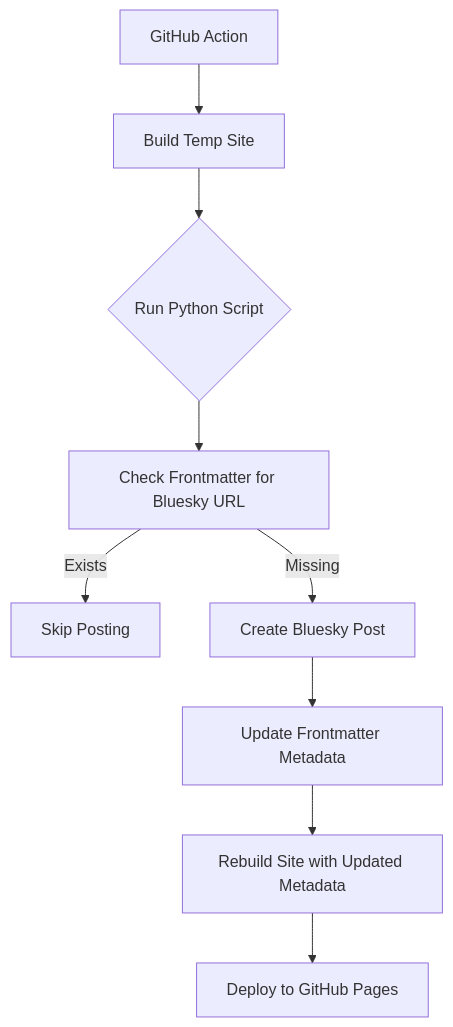
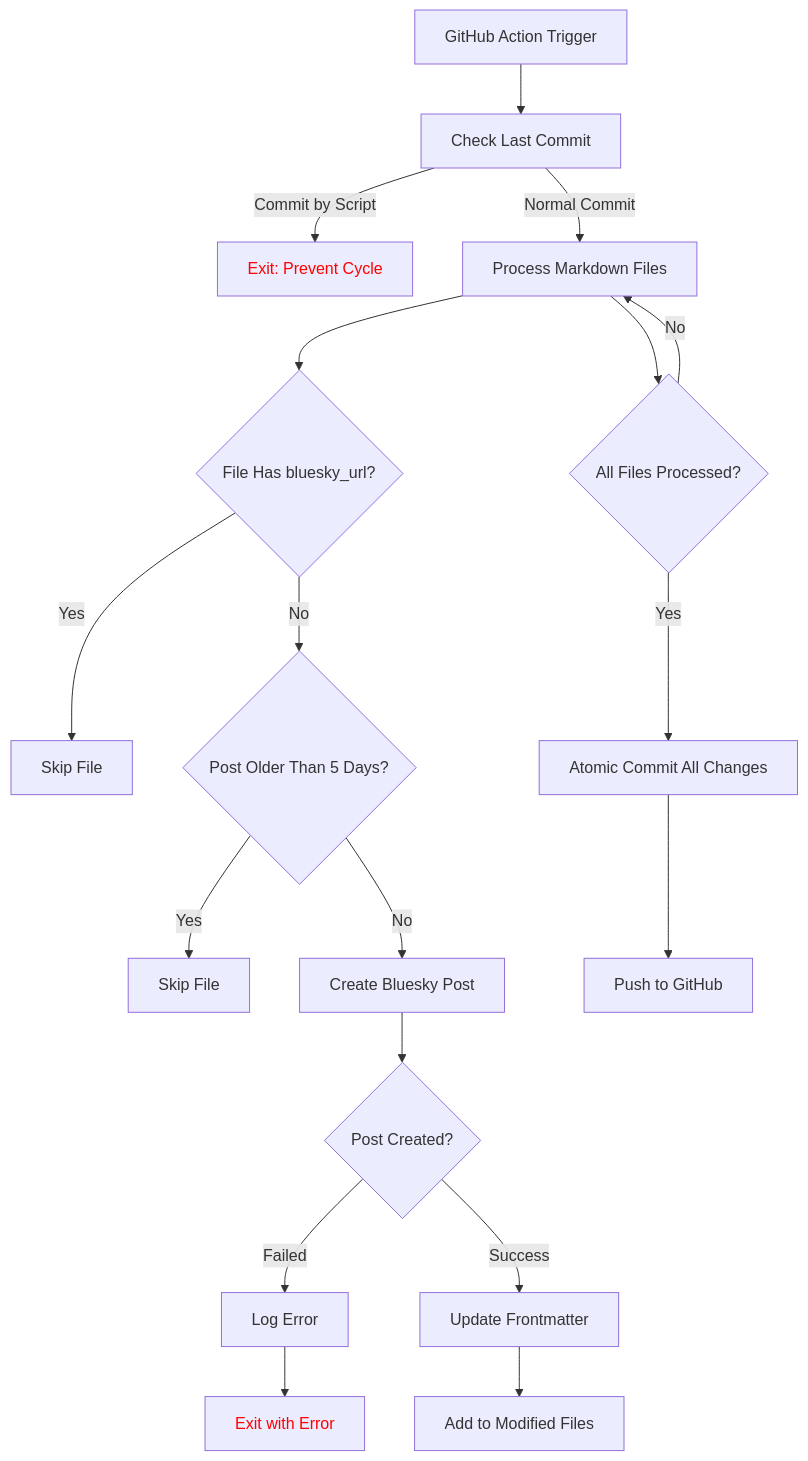
The diagram in README.md (pubmania/test-github-action), drawn with Mermaid before and after one commit.

````diff
--- a/README.md
+++ b/README.md
@@ -1,11 +1,22 @@
 ```mermaid
 graph TD
-    A[GitHub Action] --> B[Build Temp Site]
-    B --> C{Run Python Script}
-    C --> D[Check Frontmatter for Bluesky URL]
-    D -->|Exists| E[Skip Posting]
-    D -->|Missing| F[Create Bluesky Post]
-    F --> G[Update Frontmatter Metadata]
-    G --> H[Rebuild Site with Updated Metadata]
-    H --> I[Deploy to GitHub Pages]
+    A[GitHub Action Trigger] --> B[Check Last Commit]
+    B -->|Commit by Script| C[Exit: Prevent Cycle]
+    B -->|Normal Commit| D[Process Markdown Files]
+    D --> E{File Has bluesky_url?}
+    E -->|Yes| F[Skip File]
+    E -->|No| G{Post Older Than 5 Days?}
+    G -->|Yes| H[Skip File]
+    G -->|No| I[Create Bluesky Post]
+    I --> J{Post Created?}
+    J -->|Failed| K[Log Error]
+    J -->|Success| L[Update Frontmatter]
+    L --> M[Add to Modified Files]
+    D --> N{All Files Processed?}
+    N -->|No| D
+    N -->|Yes| O[Atomic Commit All Changes]
+    O --> P[Push to GitHub]
+    K --> Q[Exit with Error]
+    style C color:#f00
+    style Q color:#f00
 ```
````
